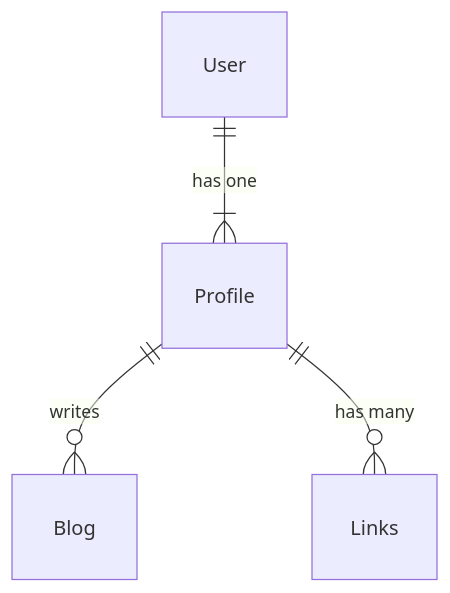
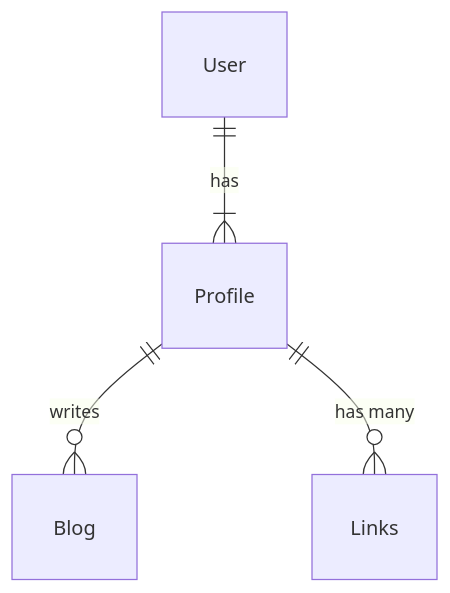
Before and after one commit to Jolvera2001/Quilink: the second of 2 diagrams in backend/diagrams/erDiagram.md, drawn with Mermaid. The commit also changed 4 other files, not shown here.

````diff
--- a/backend/diagrams/erDiagram.md
+++ b/backend/diagrams/erDiagram.md
@@ -17,11 +17,11 @@
 ```mermaid
 erDiagram
     x[User]
     p[Profile]
     b[Blog]
     l[Links]
 
-    x||--|{p : "has one"
+    x||--|{p : "has"
     p||--o{b : "writes"
     p||--o{l : "has many"
 ```
````
